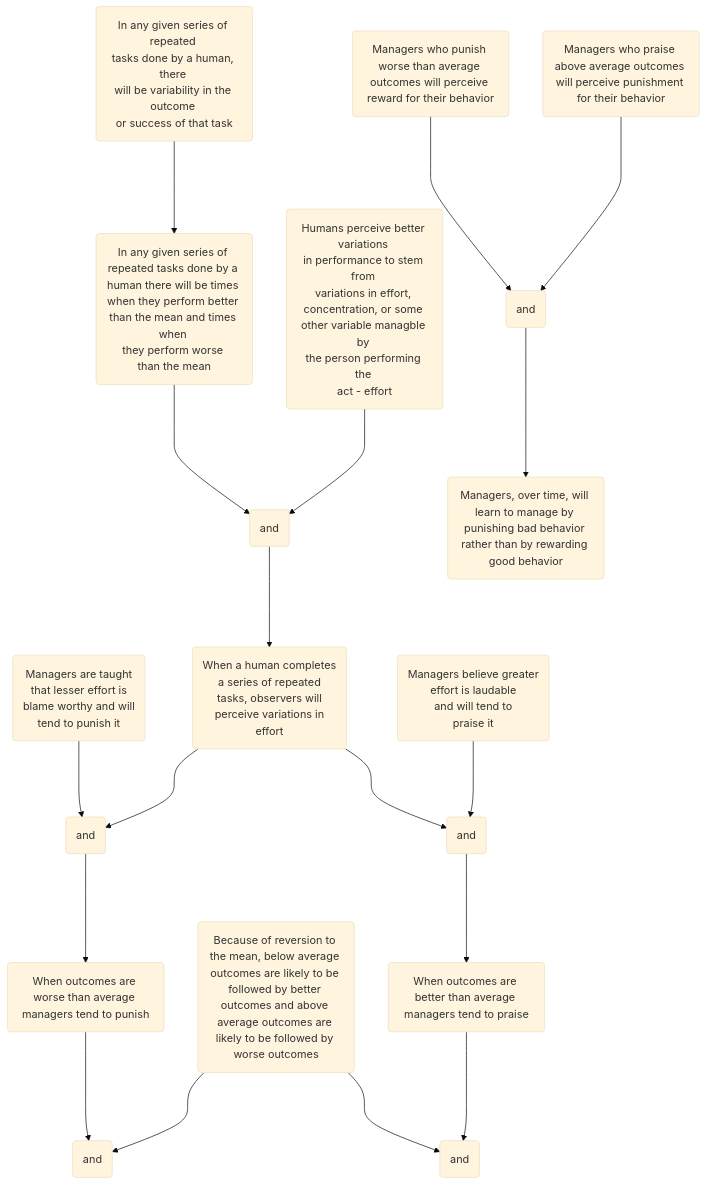
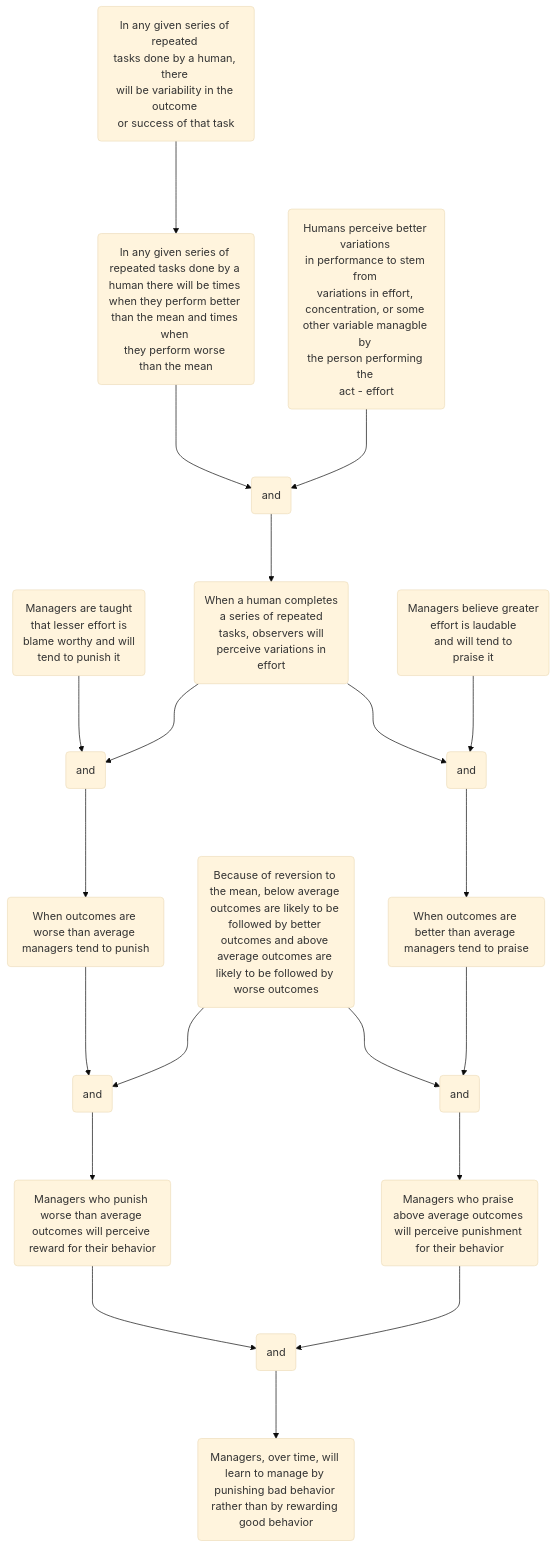
The diagram in Why_Managers_Learn_To_Manage_Negatively.md (hwetsman/TOC_Trees), drawn with Mermaid (base theme) before and after one commit.

Commit message:
Refactor: fix links from ands 4 and 5

`````diff
--- a/Why_Managers_Learn_To_Manage_Negatively.md
+++ b/Why_Managers_Learn_To_Manage_Negatively.md
@@ -1,39 +1,41 @@
 ```mermaid
 flowchart TB
 
 human_variability(In any given series of repeated <br>tasks done by a human, there <br>will be variability in the outcome <br>or success of that task)
 above_and_below(In any given series of <br>repeated tasks done by a <br>human there will be times <br>when they perform better <br>than the mean and times when <br>they perform worse <br>than the mean)
   human_variability--->above_and_below
 human_perception(Humans perceive better variations <br>in performance to stem from <br>variations in effort, <br>concentration, or some <br>other variable managble by <br>the person performing the <br>act - effort)
   and1(and)
   above_and_below--->and1
   human_perception--->and1
   lesser_effort(Managers are taught <br>that lesser effort is <br>blame worthy and will <br>tend to punish it)
   observer_perception(When a human completes <br>a series of repeated <br>tasks, observers will <br>perceive variations in <br>effort)
     and1--->observer_perception
   managers_belief(Managers believe greater <br>effort is laudable <br>and will tend to <br>praise it)
     and2(and)
     and3(and)
     observer_perception--->and2
     observer_perception--->and3
       lesser_effort--->and2
       managers_belief--->and3
     worse_outcomes(When outcomes are worse than average managers tend to punish)
       and2--->worse_outcomes
     reversion(Because of reversion to the mean, below average outcomes are likely to be followed by better outcomes and above average outcomes are likely to be followed by worse outcomes)
     better_outcomes(When outcomes are better than average managers tend to praise)
       and3--->better_outcomes
       and4(and)
       and5(and)
         worse_outcomes--->and4
         reversion--->and4
         reversion--->and5
         better_outcomes--->and5
       managers_punish(Managers who punish worse than average outcomes will perceive reward for their behavior)
+        and4--->managers_punish
       managers_praise(Managers who praise above average outcomes will perceive punishment for their behavior)
+        and5--->managers_praise
         and6(and)
           managers_punish--->and6
           managers_praise--->and6
         managers_over_time(Managers, over time, will learn to manage by punishing bad behavior rather than by rewarding good behavior)
           and6--->managers_over_time
 ````
`````
